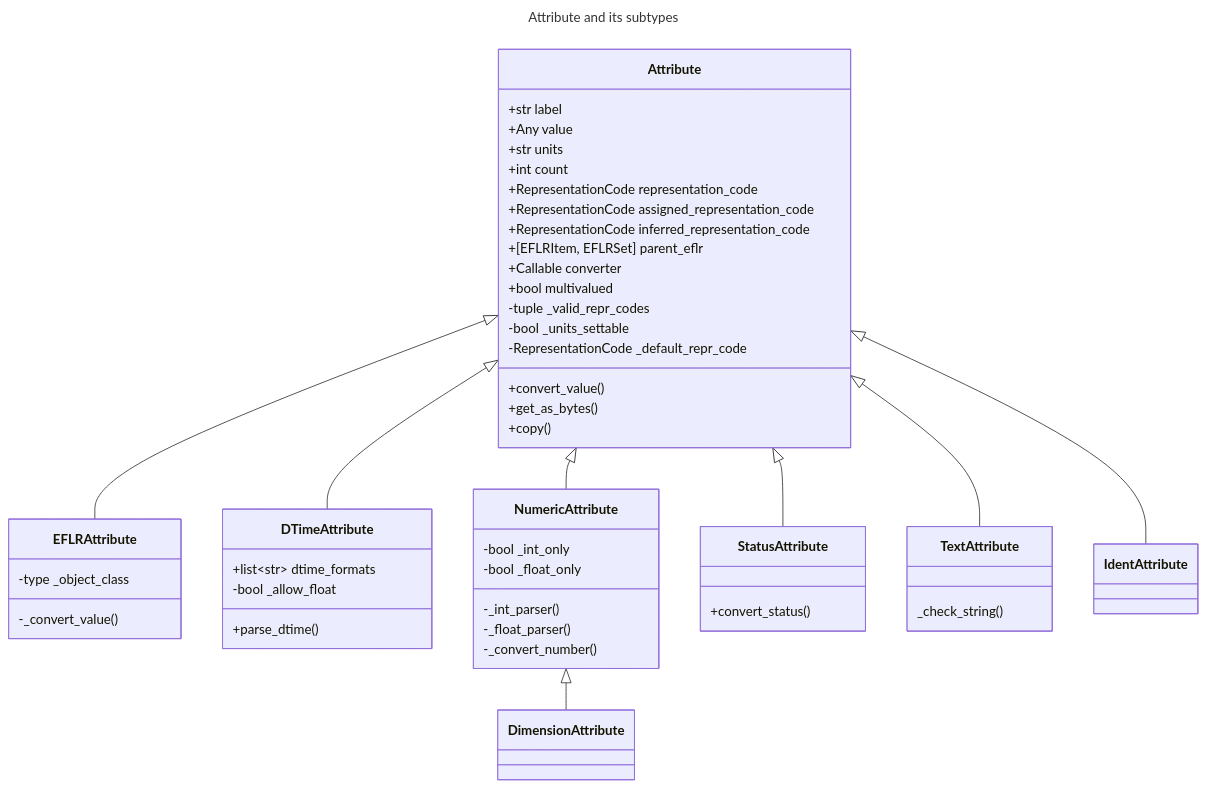
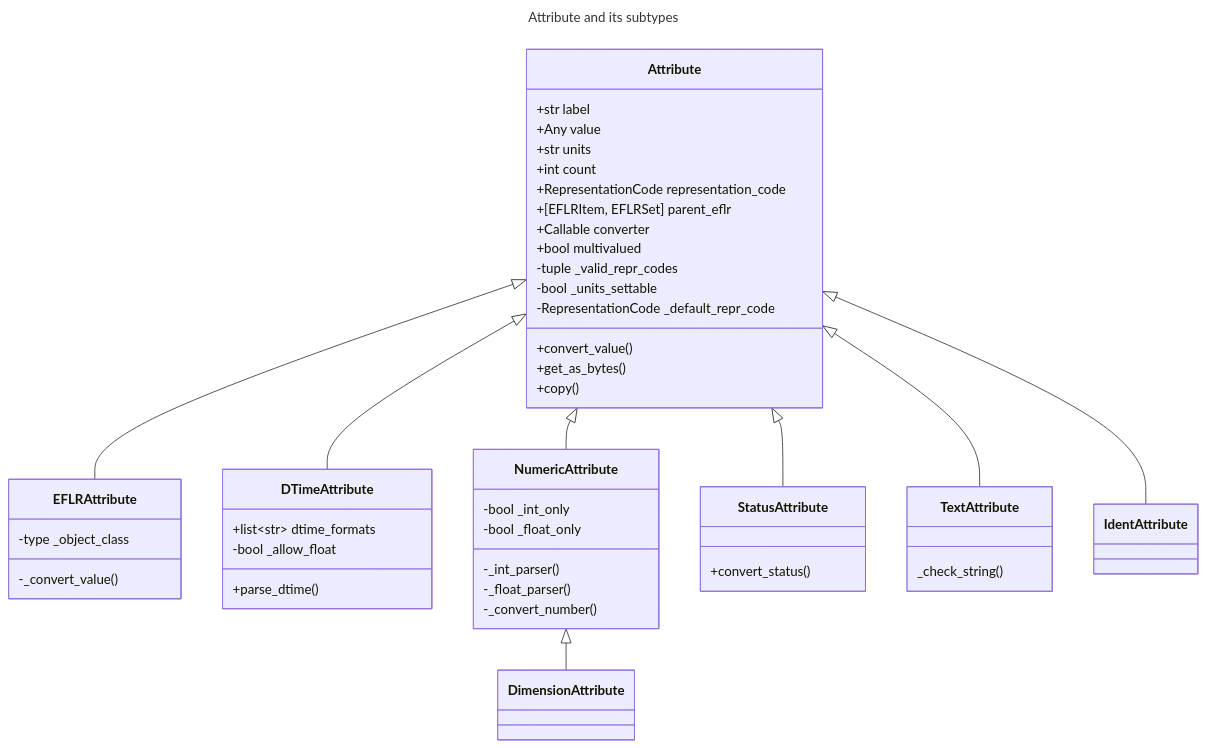
The sixth of 6 diagrams in README.md (well-id/dliswriter), drawn with Mermaid before and after one commit. The commit also changed other lines of this file, not shown here.

````diff
--- a/README.md
+++ b/README.md
@@ -976,70 +970,67 @@
 ```mermaid
 ---
 title: Attribute and its subtypes
 ---
 classDiagram
     Attribute <|-- EFLRAttribute
     Attribute <|-- DTimeAttribute
     Attribute <|-- NumericAttribute
     NumericAttribute <|-- DimensionAttribute
     Attribute <|-- StatusAttribute
     Attribute <|-- TextAttribute
     Attribute <|-- IdentAttribute
 
     
     class Attribute{
         +str label
         +Any value
         +str units
         +int count
         +RepresentationCode representation_code
-        +RepresentationCode assigned_representation_code
-        +RepresentationCode inferred_representation_code
         +[EFLRItem, EFLRSet] parent_eflr
         +Callable converter
         +bool multivalued
         -tuple _valid_repr_codes
         -bool _units_settable
         -RepresentationCode _default_repr_code
 
-        
         +convert_value()
         +get_as_bytes()
         +copy()
     }
     
     class EFLRAttribute{
         -type _object_class
         
         -_convert_value()
     }
     
     class DTimeAttribute{
         +list~str~ dtime_formats
         -bool _allow_float
         
         +parse_dtime()
     }
     
     class NumericAttribute{
         -bool _int_only
         -bool _float_only
         
         -_int_parser()
         -_float_parser()
         -_convert_number()
     }
     
     class StatusAttribute{
         +convert_status()
     }
     
     class TextAttribute{
         _check_string()
     }
     
     class IdentAttribute{
         
     }
 
 ```
````
